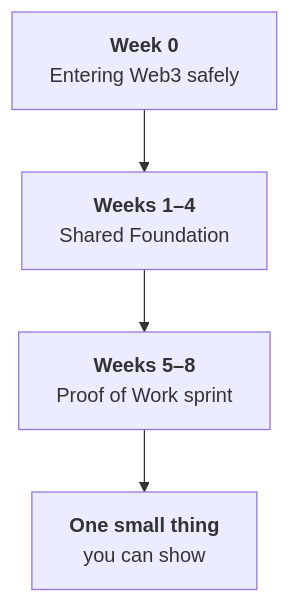
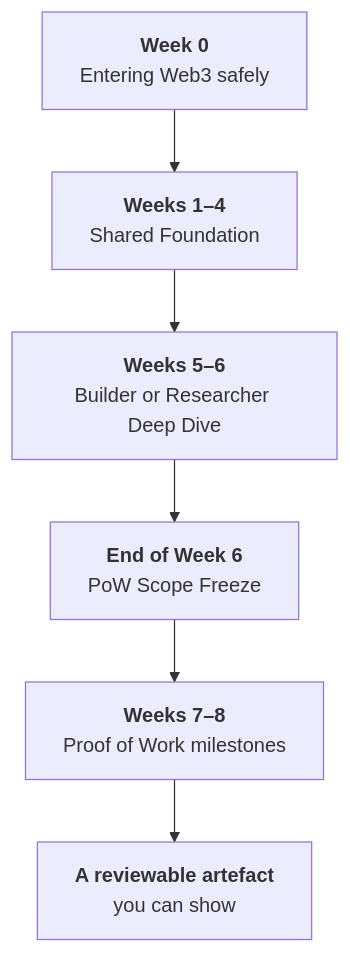
The diagram in docs/getting-started/welcome-and-setup.md (Blockchain-NTU-SG/academy-handbook), drawn with Mermaid before and after one commit. The commit also changed other lines of this file and 38 other files, not shown here.

Commit message:
refactor(academy): migrate to builder and researcher deep dives

````diff
--- a/docs/getting-started/welcome-and-setup.md
+++ b/docs/getting-started/welcome-and-setup.md
@@ -49,6 +50,8 @@
 ```mermaid
 flowchart TD
   W0["<b>Week 0</b><br/>Entering Web3 safely"] --> F["<b>Weeks 1–4</b><br/>Shared Foundation"]
-  F --> P["<b>Weeks 5–8</b><br/>Proof of Work sprint"]
-  P --> O["<b>One small thing</b><br/>you can show"]
+  F --> D["<b>Weeks 5–6</b><br/>Builder or Researcher Deep Dive"]
+  D --> S["<b>End of Week 6</b><br/>PoW Scope Freeze"]
+  S --> P["<b>Weeks 7–8</b><br/>Proof of Work milestones"]
+  P --> O["<b>A reviewable artefact</b><br/>you can show"]
 ```
````
